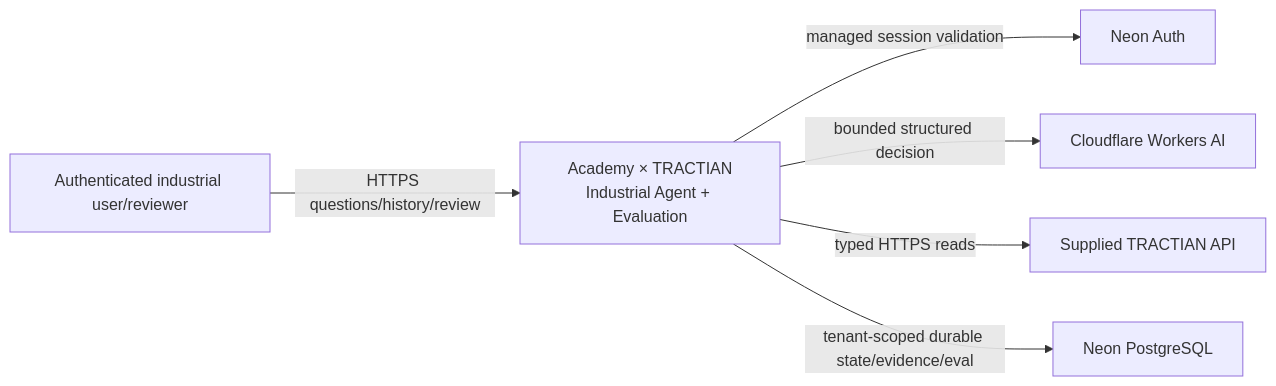
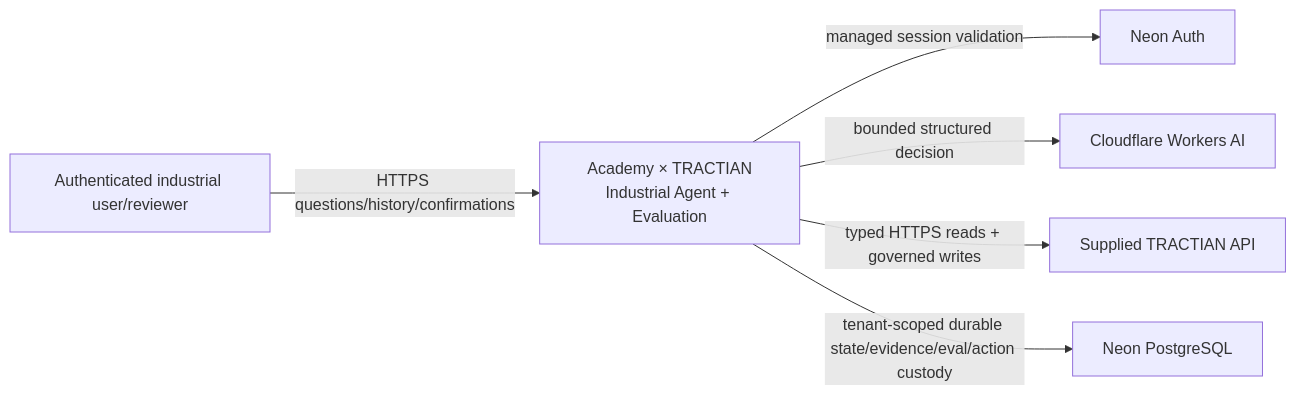
One commit to pablo-marchina/academy-tractian changed the first of 4 diagrams in docs/ARCHITECTURE.md. Above: the diagram before and after it, drawn with Mermaid. The commit also changed other lines of this file, not shown here.

Commit message:
docs: synchronize production architecture and action identity boundaries

````diff
--- a/docs/ARCHITECTURE.md
+++ b/docs/ARCHITECTURE.md
@@ -13,15 +13,15 @@
 ```mermaid
 flowchart LR
     U[Authenticated industrial user/reviewer]
     S[Academy × TRACTIAN\nIndustrial Agent + Evaluation]
     A[Neon Auth]
     P[Cloudflare Workers AI]
     T[Supplied TRACTIAN API]
     D[Neon PostgreSQL]
 
-    U -->|HTTPS questions/history/review| S
+    U -->|HTTPS questions/history/confirmations| S
     S -->|managed session validation| A
     S -->|bounded structured decision| P
-    S -->|typed HTTPS reads| T
-    S -->|tenant-scoped durable state/evidence/eval| D
+    S -->|typed HTTPS reads + governed writes| T
+    S -->|tenant-scoped durable state/evidence/eval/action custody| D
 ```
````
